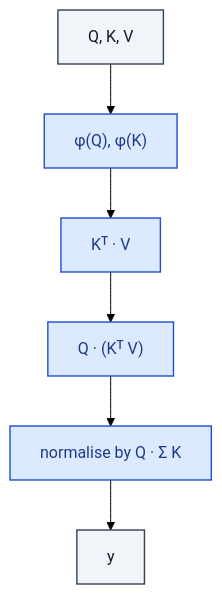
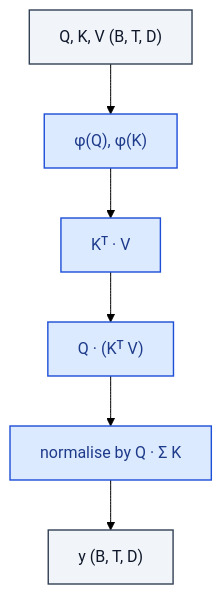
Before and after one commit to RealityShifts/Srivastava-book-of-Blocks-diagrams: the diagram in attention/LinearAttention.md, drawn with Mermaid (forest theme). The commit also changed 123 other files, not shown here.

````diff
--- a/attention/LinearAttention.md
+++ b/attention/LinearAttention.md
@@ -7,23 +7,24 @@
 ```mermaid
 flowchart TD
-    n0_0["Q, K, V"]:::io
+    n0_0["Q, K, V  (B, T, D)"]:::io
     n1_0["φ(Q),  φ(K)"]:::op
     n2_0["Kᵀ · V"]:::op
     n3_0["Q · (Kᵀ V)"]:::op
     n4_0["normalise by Q · Σ K"]:::op
-    n5_0["y"]:::io
+    n5_0["y  (B, T, D)"]:::io
     n0_0 --> n1_0
     n1_0 --> n2_0
     n2_0 --> n3_0
     n3_0 --> n4_0
     n4_0 --> n5_0
     classDef io fill:#f1f5f9,stroke:#334155,stroke-width:1.4px,color:#0f172a
     classDef op fill:#dbeafe,stroke:#1d4ed8,stroke-width:1.4px,color:#1e3a8a
     classDef norm fill:#dcfce7,stroke:#15803d,stroke-width:1.4px,color:#14532d
     classDef act fill:#ffedd5,stroke:#c2410c,stroke-width:1.4px,color:#7c2d12
     classDef attn fill:#ede9fe,stroke:#6d28d9,stroke-width:1.4px,color:#4c1d95
     classDef merge fill:#fef3c7,stroke:#b45309,stroke-width:1.4px,color:#78350f
     classDef emb fill:#fef9c3,stroke:#a16207,stroke-width:1.4px,color:#713f12
     classDef loss fill:#fee2e2,stroke:#b91c1c,stroke-width:1.4px,color:#7f1d1d
     classDef ctrl fill:#f5f5f4,stroke:#52525b,stroke-width:1.4px,color:#27272a
+    classDef ref fill:#e0f2fe,stroke:#0369a1,stroke-width:2px,color:#0c4a6e,stroke-dasharray: 4 2
 ```
````
